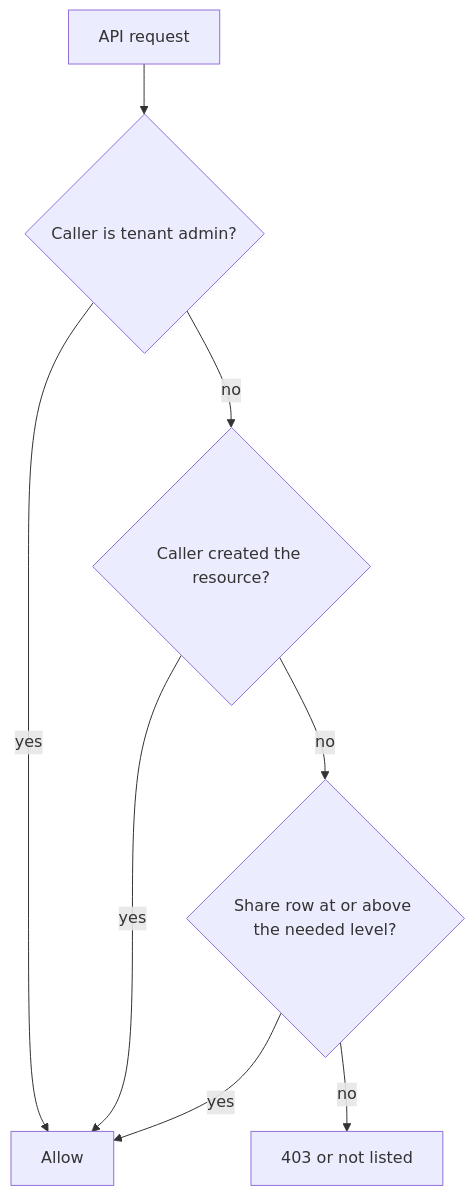
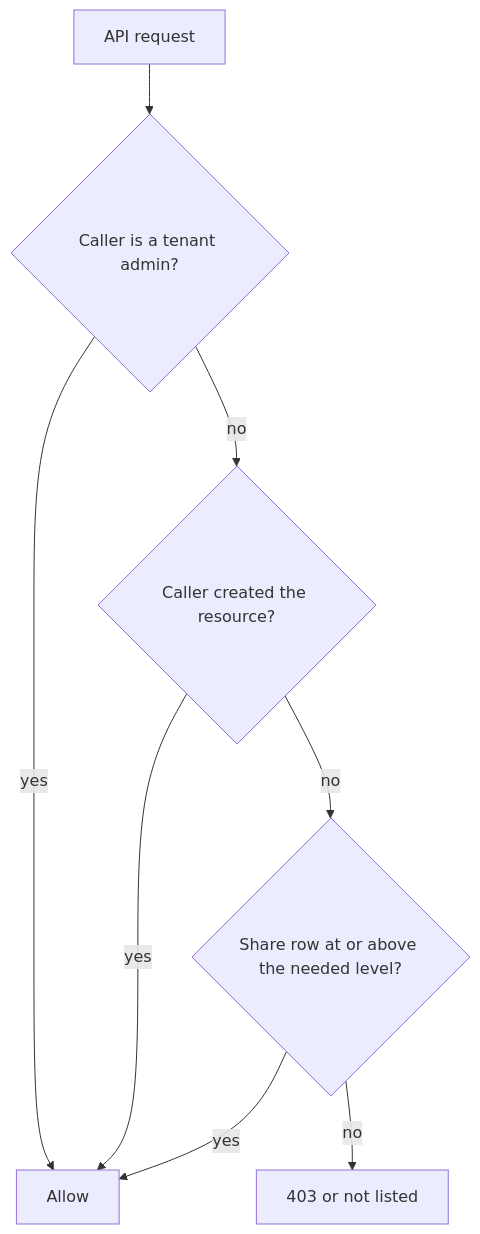
Before and after one commit to sarkar4777/abenix: the diagram in apps/web/public/dev-docs/04-data-model/04-resource-shares.md, drawn with Mermaid. The commit also changed other lines of this file and 623 other files, not shown here.

````diff
--- a/apps/web/public/dev-docs/04-data-model/04-resource-shares.md
+++ b/apps/web/public/dev-docs/04-data-model/04-resource-shares.md
@@ -36,10 +36,10 @@
 ```mermaid
 flowchart TD
-  R[API request] --> A{Caller is tenant admin?}
+  R[API request] --> A{Caller is a tenant admin?}
   A -->|yes| Allow
   A -->|no| B{Caller created the resource?}
   B -->|yes| Allow
   B -->|no| C{Share row at or above the needed level?}
   C -->|yes| Allow
   C -->|no| Deny[403 or not listed]
 ```
````
